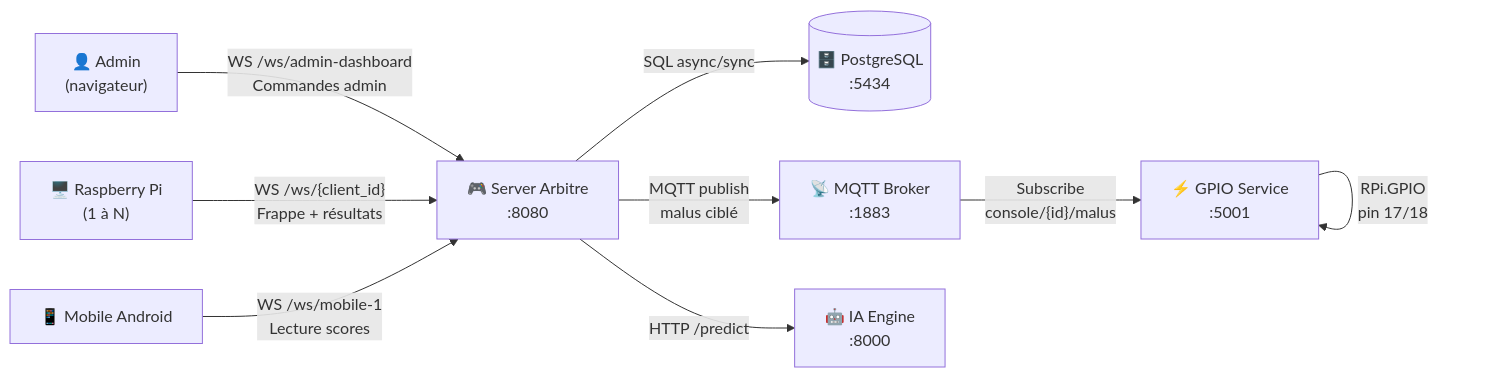
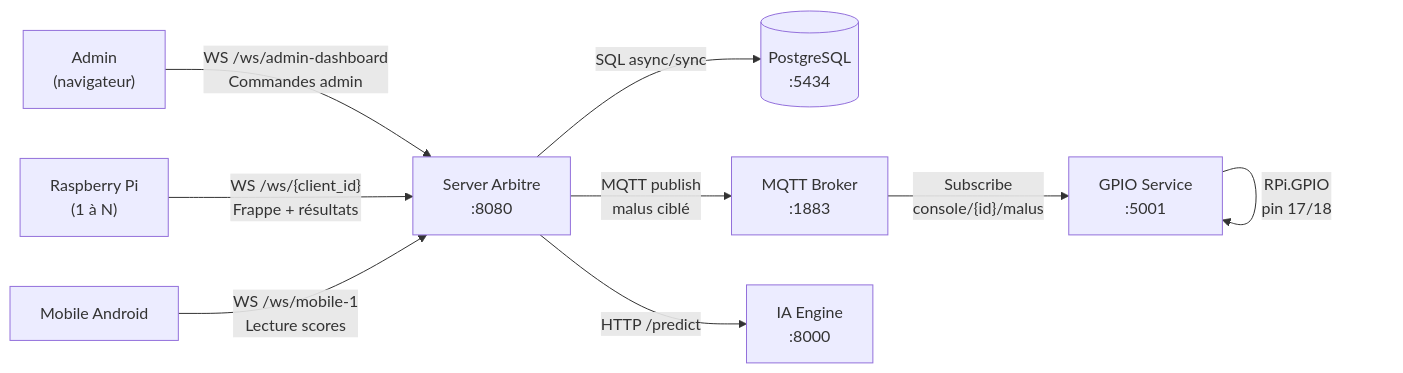
Before and after one commit to EnterNAthan/RaceTyper: diagram 17 of 17 in ARCHITECTURE.md, drawn with Mermaid. The commit also changed other lines of this file, not shown here.

````diff
--- a/ARCHITECTURE.md
+++ b/ARCHITECTURE.md
@@ -633,20 +633,20 @@
 ```mermaid
 graph LR
-    ADMIN["👤 Admin\n(navigateur)"]
-    PI["🖥️ Raspberry Pi\n(1 à N)"]
-    MOB["📱 Mobile Android"]
-    SRV["🎮 Server Arbitre\n:8080"]
-    DB[("🗄️ PostgreSQL\n:5434")]
-    MQTT["📡 MQTT Broker\n:1883"]
-    GPIO["⚡ GPIO Service\n:5001"]
-    IA["🤖 IA Engine\n:8000"]
+    ADMIN["Admin\n(navigateur)"]
+    PI["Raspberry Pi\n(1 à N)"]
+    MOB["Mobile Android"]
+    SRV["Server Arbitre\n:8080"]
+    DB[("PostgreSQL\n:5434")]
+    MQTT["MQTT Broker\n:1883"]
+    GPIO["GPIO Service\n:5001"]
+    IA["IA Engine\n:8000"]
 
     ADMIN -- "WS /ws/admin-dashboard\nCommandes admin" --> SRV
     PI -- "WS /ws/{client_id}\nFrappe + résultats" --> SRV
     MOB -- "WS /ws/mobile-1\nLecture scores" --> SRV
     SRV -- "SQL async/sync" --> DB
     SRV -- "MQTT publish\nmalus ciblé" --> MQTT
     SRV -- "HTTP /predict" --> IA
     MQTT -- "Subscribe\nconsole/{id}/malus" --> GPIO
     GPIO -- "RPi.GPIO\npin 17/18" --> GPIO
 ```
````
